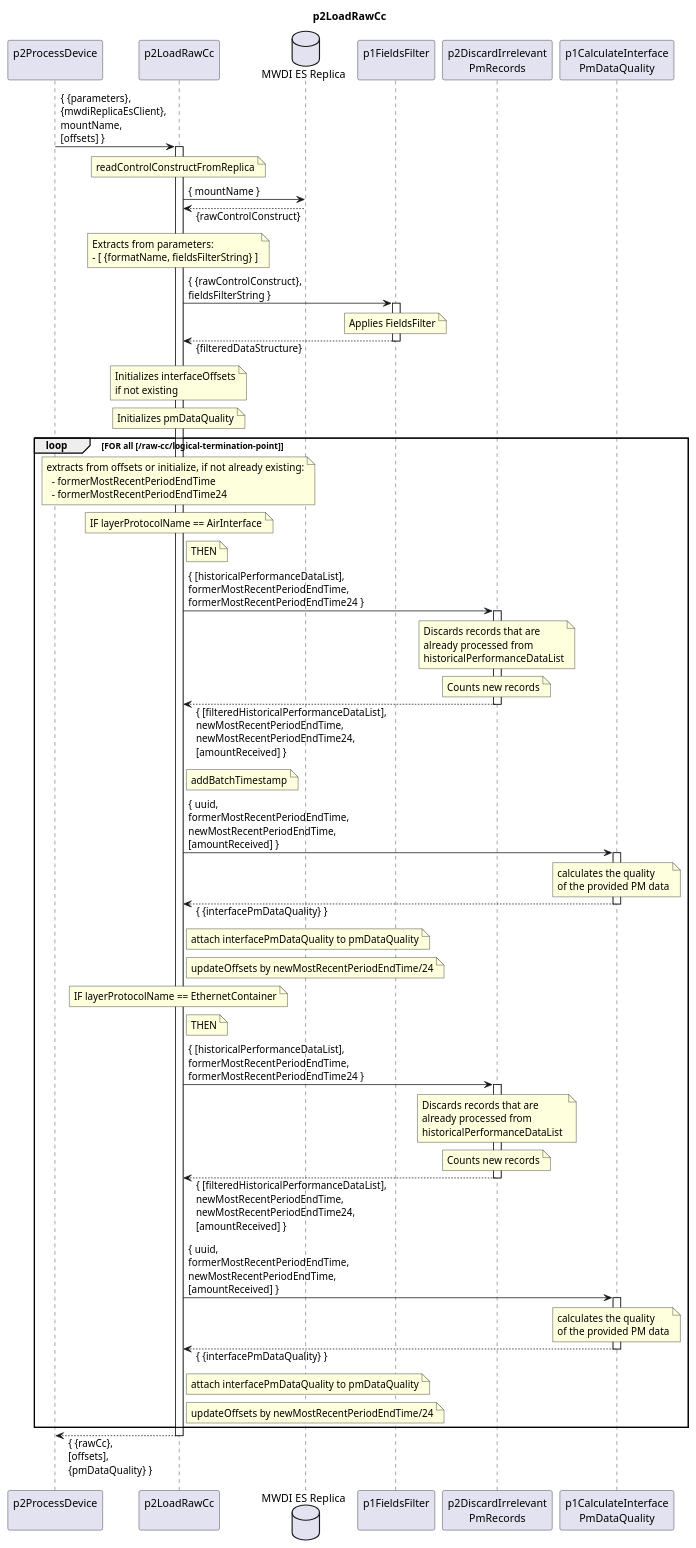
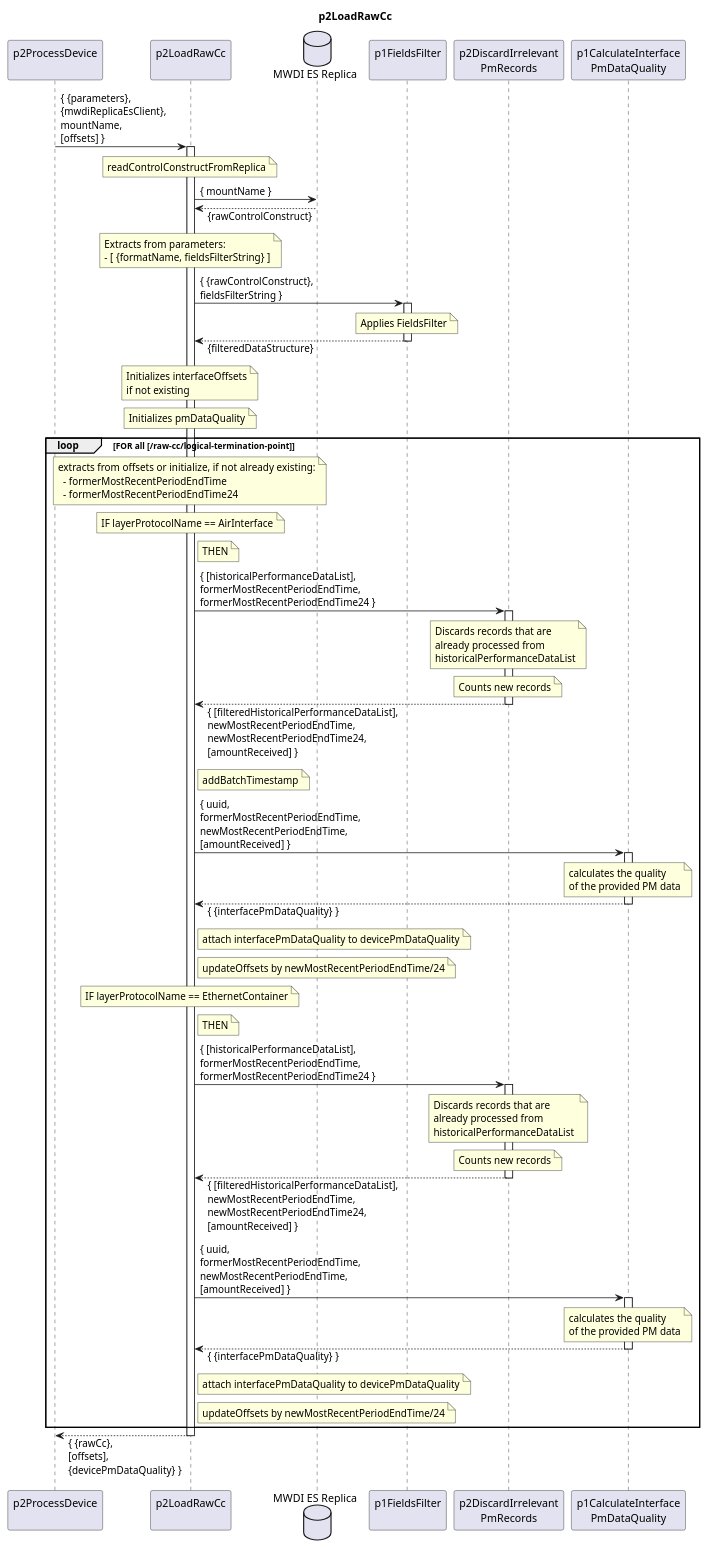
The diagram in spec/Functions/p2StreamPmData/p2ProcessDevice/p2LoadRawCc/1.0.0/p2LoadRawCc.plantuml (openBackhaul/DevicePerformanceManagementDataProcessor), drawn with PlantUML before and after one commit. The commit also changed 2 other files, not shown here.

Commit message:
refine and fix errors in p2LoadRawCc

```diff
--- a/spec/Functions/p2StreamPmData/p2ProcessDevice/p2LoadRawCc/1.0.0/p2LoadRawCc.plantuml
+++ b/spec/Functions/p2StreamPmData/p2ProcessDevice/p2LoadRawCc/1.0.0/p2LoadRawCc.plantuml
@@ -1,147 +1,147 @@
 @startuml p2LoadRawCc
 skinparam responseMessageBelowArrow true
 
 title
   p2LoadRawCc
 end title
 
 participant "p2ProcessDevice\n" as requestor
 participant "p2LoadRawCc\n" as cur
 database "MWDI ES Replica" as MwdiEs
 participant "p1FieldsFilter\n" as fieldsFilter
 participant "p2DiscardIrrelevant\nPmRecords" as filterPm
 participant "p1CalculateInterface\nPmDataQuality" as calPmQual
 
 requestor -> cur: { {parameters},\n{mwdiReplicaEsClient},\nmountName,\n[offsets] }
 activate cur
 
   note over cur
     readControlConstructFromReplica
   end note
   cur -> MwdiEs: { mountName }
   cur <-- MwdiEs: {rawControlConstruct}
 
   note over cur
     Extracts from parameters:
     - [ {formatName, fieldsFilterString} ]
   end note
 
   cur -> fieldsFilter: { {rawControlConstruct},\nfieldsFilterString }
   activate fieldsFilter
     note over fieldsFilter
       Applies FieldsFilter
     end note
   cur <-- fieldsFilter: {filteredDataStructure}
   deactivate fieldsFilter
 
   note over cur
     Initializes interfaceOffsets
     if not existing
   end note
 
   note over cur
     Initializes pmDataQuality
   end note
 
   loop FOR all [/raw-cc/logical-termination-point]
 
     note over cur
       extracts from offsets or initialize, if not already existing:
         - formerMostRecentPeriodEndTime
         - formerMostRecentPeriodEndTime24
     end note
 
     note over cur
       IF layerProtocolName == AirInterface
     end note
 
     note right cur
       THEN
     end note
 
     cur -> filterPm: { [historicalPerformanceDataList],\nformerMostRecentPeriodEndTime,\nformerMostRecentPeriodEndTime24 }
     activate filterPm
 
       note over filterPm
         Discards records that are
         already processed from
         historicalPerformanceDataList
       end note
       note over filterPm
         Counts new records
       end note
 
     cur <-- filterPm: { [filteredHistoricalPerformanceDataList],\nnewMostRecentPeriodEndTime,\nnewMostRecentPeriodEndTime24,\n[amountReceived] }
     deactivate filterPm
 
     note right cur
       addBatchTimestamp
     end note
 
     cur -> calPmQual: { uuid,\nformerMostRecentPeriodEndTime,\nnewMostRecentPeriodEndTime,\n[amountReceived] }
     activate calPmQual
 
       note over calPmQual
         calculates the quality
         of the provided PM data
       end note
 
     cur <-- calPmQual: { {interfacePmDataQuality} }
     deactivate calPmQual
 
     note right cur
-      attach interfacePmDataQuality to pmDataQuality
+      attach interfacePmDataQuality to devicePmDataQuality
     end note
 
     note right cur
       updateOffsets by newMostRecentPeriodEndTime/24
     end note
 
     note over cur
       IF layerProtocolName == EthernetContainer
     end note
 
     note right cur
       THEN
     end note
 
     cur -> filterPm: { [historicalPerformanceDataList],\nformerMostRecentPeriodEndTime,\nformerMostRecentPeriodEndTime24 }
     activate filterPm
 
       note over filterPm
       Discards records that are
       already processed from
       historicalPerformanceDataList 
     end note
     note over filterPm
       Counts new records
     end note
 
     cur <-- filterPm: { [filteredHistoricalPerformanceDataList],\nnewMostRecentPeriodEndTime,\nnewMostRecentPeriodEndTime24,\n[amountReceived] }
     deactivate filterPm
 
     cur -> calPmQual: { uuid,\nformerMostRecentPeriodEndTime,\nnewMostRecentPeriodEndTime,\n[amountReceived] }
     activate calPmQual
 
       note over calPmQual
         calculates the quality
         of the provided PM data
       end note
 
     cur <-- calPmQual: { {interfacePmDataQuality} }
     deactivate calPmQual
 
     note right cur
-      attach interfacePmDataQuality to pmDataQuality
+      attach interfacePmDataQuality to devicePmDataQuality
     end note
 
     note right cur
       updateOffsets by newMostRecentPeriodEndTime/24
     end note
 
   end loop
 
-requestor <-- cur: { {rawCc},\n[offsets],\n{pmDataQuality} }
+requestor <-- cur: { {rawCc},\n[offsets],\n{devicePmDataQuality} }
 deactivate cur
 
 @enduml
```
